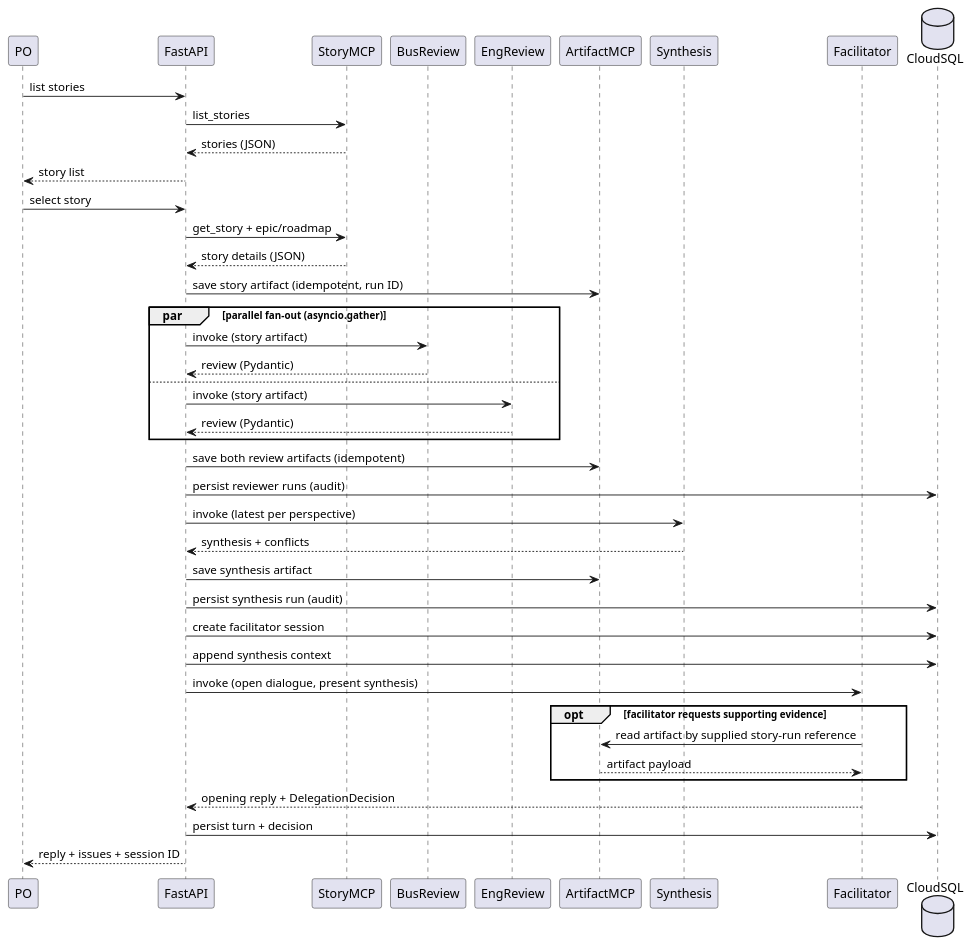
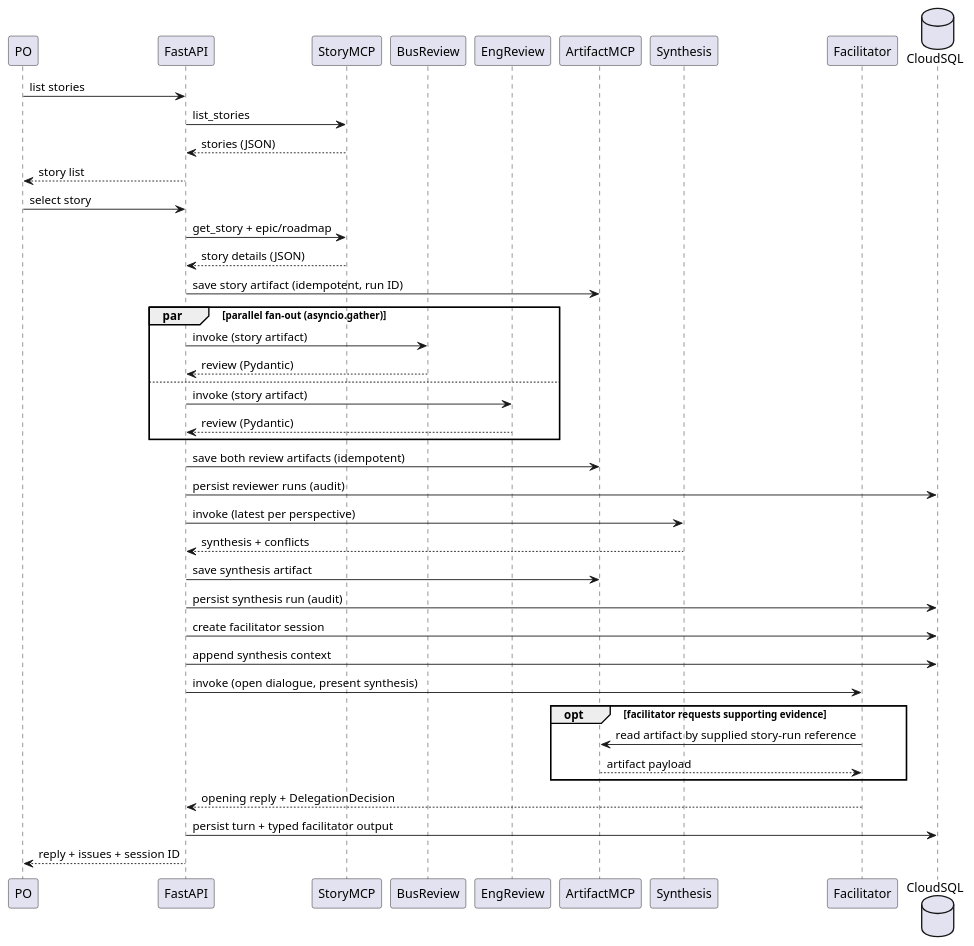
Before and after one commit to MMZ993/story-review: the diagram in docs/design/diagrams/flow1.puml, drawn with PlantUML. The commit also changed 6 other files, not shown here.

Commit message:
docs: add typed facilitator turn output and finalization rollback branches

```diff
--- a/docs/design/diagrams/flow1.puml
+++ b/docs/design/diagrams/flow1.puml
@@ -1,42 +1,42 @@
 @startuml
 participant PO
 participant "FastAPI" as F
 participant "StoryMCP" as S
 participant "BusReview" as B
 participant "EngReview" as E
 participant "ArtifactMCP" as A
 participant "Synthesis" as Y
 participant "Facilitator" as T
 database "CloudSQL" as C
 PO -> F: list stories
 F -> S: list_stories
 S --> F: stories (JSON)
 F --> PO: story list
 PO -> F: select story
 F -> S: get_story + epic/roadmap
 S --> F: story details (JSON)
 F -> A: save story artifact (idempotent, run ID)
 par parallel fan-out (asyncio.gather)
 F -> B: invoke (story artifact)
 B --> F: review (Pydantic)
 else
 F -> E: invoke (story artifact)
 E --> F: review (Pydantic)
 end
 F -> A: save both review artifacts (idempotent)
 F -> C: persist reviewer runs (audit)
 F -> Y: invoke (latest per perspective)
 Y --> F: synthesis + conflicts
 F -> A: save synthesis artifact
 F -> C: persist synthesis run (audit)
 F -> C: create facilitator session
 F -> C: append synthesis context
 F -> T: invoke (open dialogue, present synthesis)
 opt facilitator requests supporting evidence
 T -> A: read artifact by supplied story-run reference
 A --> T: artifact payload
 end
 T --> F: opening reply + DelegationDecision
-F -> C: persist turn + decision
+F -> C: persist turn + typed facilitator output
 F --> PO: reply + issues + session ID
 @enduml
```
